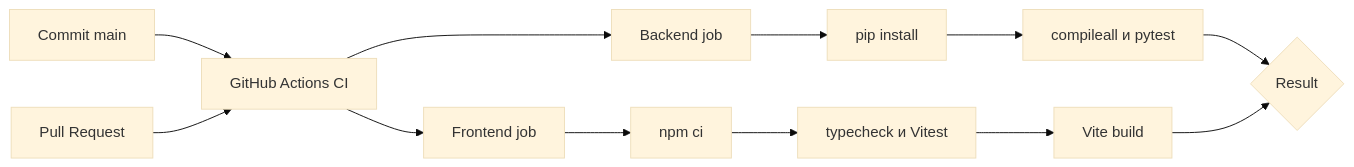
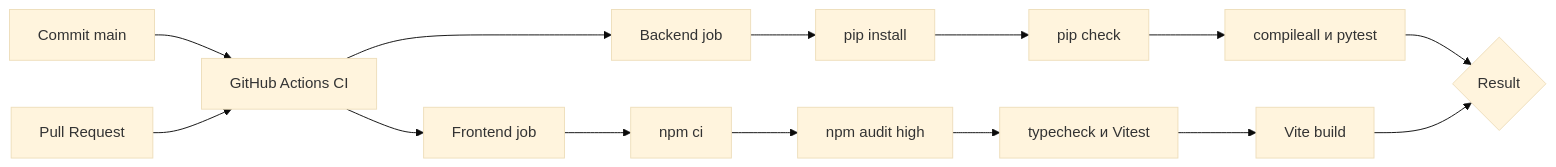
The first of 2 diagrams in docs/ci-cd.md (dstrelnikova/finpulse), drawn with Mermaid (base theme) before and after one commit. The commit also changed other lines of this file and 11 other files, not shown here.

````diff
--- a/docs/ci-cd.md
+++ b/docs/ci-cd.md
@@ -27,14 +27,16 @@
 ```mermaid
 flowchart LR
     C[Commit main] --> CI[GitHub Actions CI]
     PR[Pull Request] --> CI
     CI --> B[Backend job]
     CI --> F[Frontend job]
     B --> BI[pip install]
-    BI --> BT[compileall и pytest]
+    BI --> BC[pip check]
+    BC --> BT[compileall и pytest]
     F --> FI[npm ci]
-    FI --> FT[typecheck и Vitest]
+    FI --> FA[npm audit high]
+    FA --> FT[typecheck и Vitest]
     FT --> FB[Vite build]
     BT --> R{Result}
     FB --> R
 ```
````
